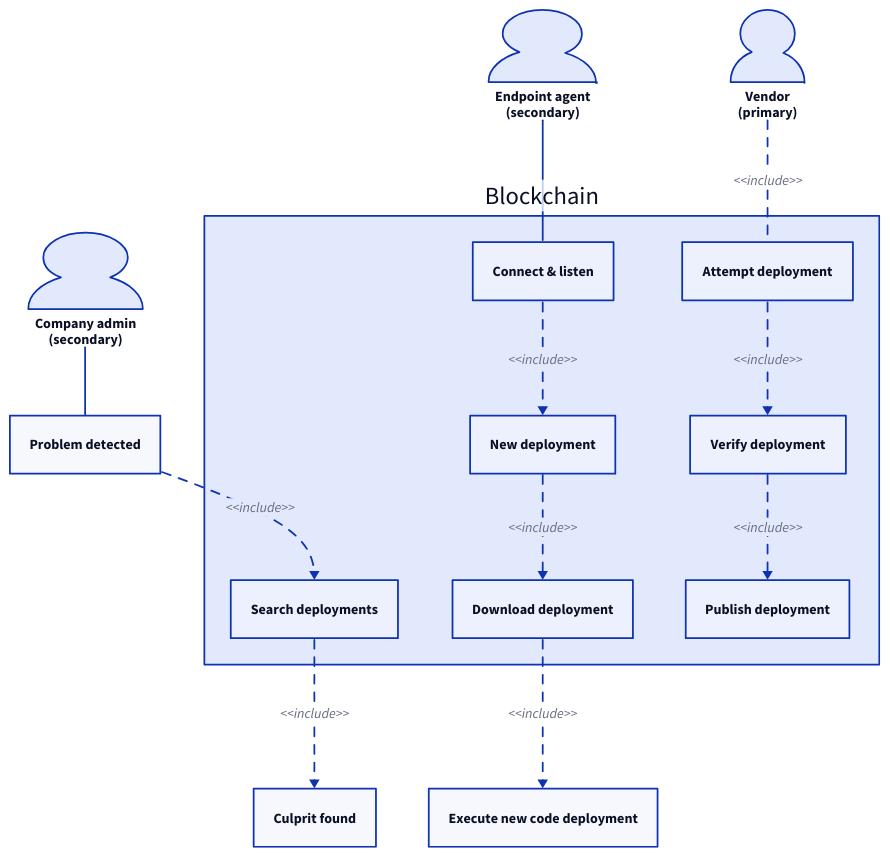
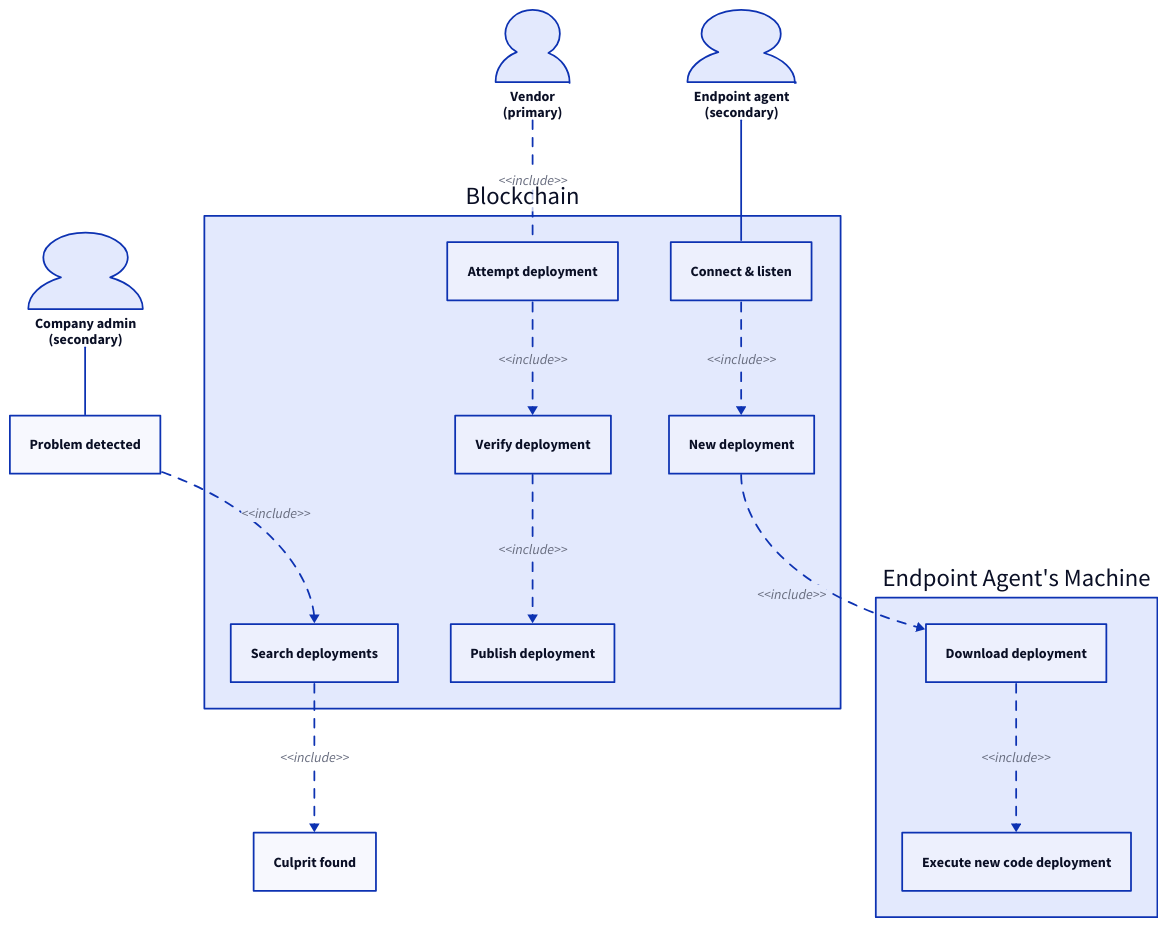
Before and after one commit to EGN-Project/lisp-endpoint-agent: the diagram in meta/use_case.d2, drawn with D2.

Commit message:
Add endpoint agent's machine as a platform

```diff
--- a/meta/use_case.d2
+++ b/meta/use_case.d2
@@ -1,48 +1,52 @@
 # Actors.
 vendor: "Vendor\n(primary)" {shape: person}
 admin: "Company admin\n(secondary)" {shape: person}
 agent: "Endpoint agent\n(secondary)" {shape: person}
 
 # External events.
 problem_detected: "Problem detected"
 culprit_found: "Culprit found"
-execute: "Execute new code deployment"
+
+# Endpoint agent machine events.
+endpoint: "Endpoint Agent's Machine" {
+  download_deployment: "Download deployment"
+  execute: "Execute new code deployment"
+}
 
 # Blockchain & blockchain events.
 blockchain: "Blockchain" {
   search_deployments: "Search deployments"
   listen: "Connect & listen"
   new_deployment: "New deployment"
-  download_deployment: "Download deployment"
   deploy: "Attempt deployment"
   verify_deployment: "Verify deployment"
   publish_deployment: "Publish deployment"
 }
 
 # Connections.
 admin -- problem_detected
 agent -- blockchain.listen
 
 problem_detected -> blockchain.search_deployments: "<<include>>" {
   style: {
     stroke-dash: 5
   }
 }
 
 blockchain.search_deployments -> culprit_found: "<<include>>" {
   style: {
     stroke-dash: 5
   }
 }
 
-blockchain.listen -> blockchain.new_deployment -> blockchain.download_deployment -> execute: "<<include>>" {
+blockchain.listen -> blockchain.new_deployment -> endpoint.download_deployment -> endpoint.execute: "<<include>>" {
   style: {
     stroke-dash: 5
   }
 }
 
 vendor -- blockchain.deploy -> blockchain.verify_deployment -> blockchain.publish_deployment: "<<include>>" {
   style: {
     stroke-dash: 5
   }
 }
```
